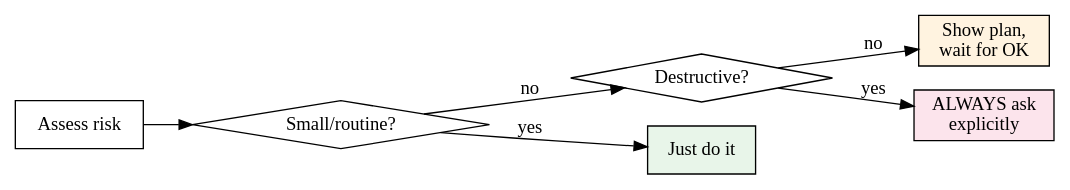
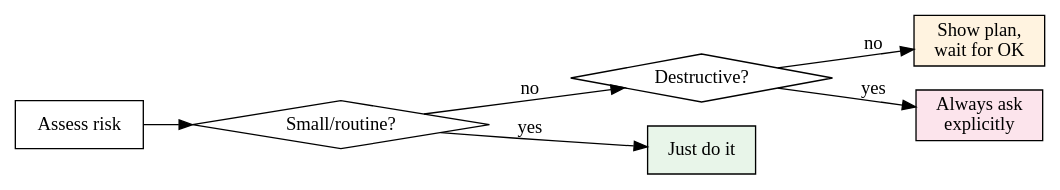
The diagram in skills/using-subteams/SKILL.md (bn-skn/claude-subteams), drawn with Graphviz before and after one commit. The commit also changed other lines of this file and 7 other files, not shown here.

````diff
--- a/skills/using-subteams/SKILL.md
+++ b/skills/using-subteams/SKILL.md
@@ -337,17 +335,17 @@
 ```dot
 digraph approval {
     rankdir=LR;
     "Assess risk" [shape=box];
     "Small/routine?" [shape=diamond];
     "Destructive?" [shape=diamond];
     "Just do it" [shape=box, style=filled, fillcolor="#e8f5e9"];
     "Show plan,\nwait for OK" [shape=box, style=filled, fillcolor="#fff3e0"];
-    "ALWAYS ask\nexplicitly" [shape=box, style=filled, fillcolor="#fce4ec"];
+    "Always ask\nexplicitly" [shape=box, style=filled, fillcolor="#fce4ec"];
 
     "Assess risk" -> "Small/routine?";
     "Small/routine?" -> "Just do it" [label="yes"];
     "Small/routine?" -> "Destructive?" [label="no"];
-    "Destructive?" -> "ALWAYS ask\nexplicitly" [label="yes"];
+    "Destructive?" -> "Always ask\nexplicitly" [label="yes"];
     "Destructive?" -> "Show plan,\nwait for OK" [label="no"];
 }
 ```
````
